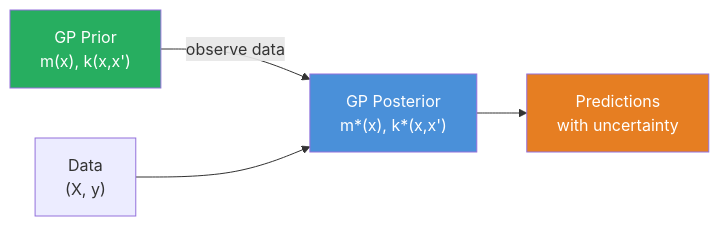
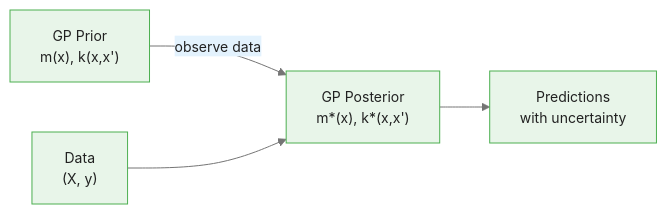
The first of 4 diagrams in courses/bayesian-commodity-forecasting/modules/module_05_gaussian_processes/guides/01_gp_fundamentals_slides.md (m-deane/course-creator), drawn with Mermaid before and after one commit. The commit also changed other lines of this file and 104 other files, not shown here.

````diff
--- a/courses/bayesian-commodity-forecasting/modules/module_05_gaussian_processes/guides/01_gp_fundamentals_slides.md
+++ b/courses/bayesian-commodity-forecasting/modules/module_05_gaussian_processes/guides/01_gp_fundamentals_slides.md
@@ -42,9 +50,7 @@
 ```mermaid
+%%{init: {"theme": "base", "themeVariables": {"primaryColor": "#e8f5e9", "primaryBorderColor": "#4caf50", "primaryTextColor": "#212121", "secondaryColor": "#e3f2fd", "tertiaryColor": "#fff8e1", "lineColor": "#757575", "fontFamily": "Inter, sans-serif", "fontSize": "14px"}}}%%
 flowchart LR
     P["GP Prior\nm(x), k(x,x')"] -->|"observe data"| Post["GP Posterior\nm*(x), k*(x,x')"]
     D["Data\n(X, y)"] --> Post
     Post --> Pred["Predictions\nwith uncertainty"]
-    style P fill:#27ae60,color:#fff
-    style Post fill:#4a90d9,color:#fff
-    style Pred fill:#e67e22,color:#fff
 ```
````
